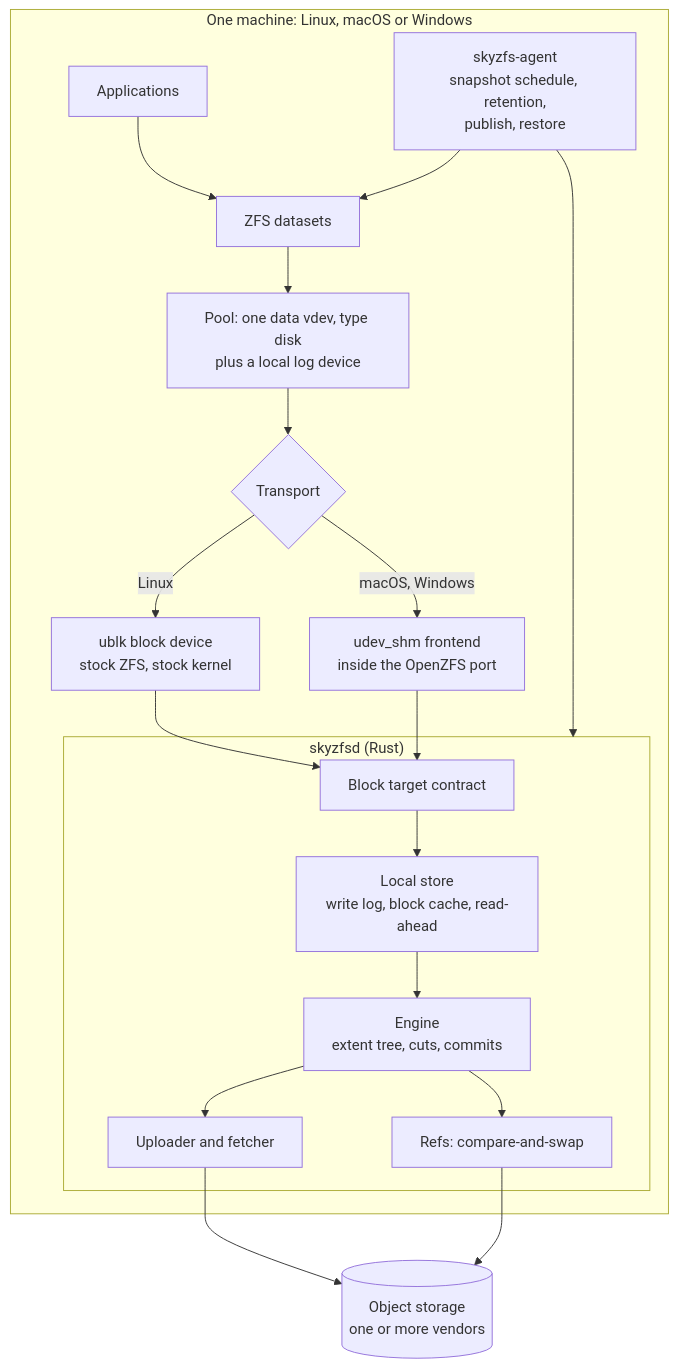
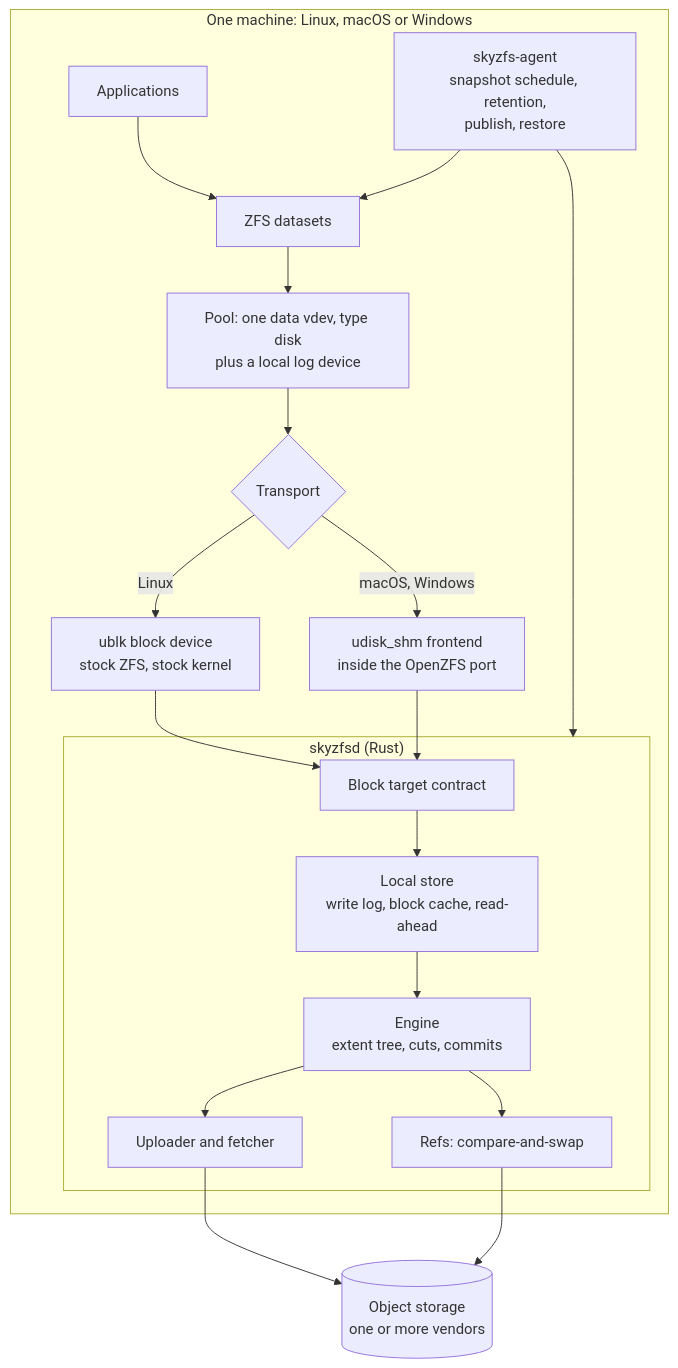
The first of 5 diagrams in docs/skyzfs-design.md (skyzfs/skyzfs), drawn with Mermaid before and after one commit. The commit also changed other lines of this file, not shown here.

First line of the commit message:
design: the shared-memory frontend is called udisk_shm

````diff
--- a/docs/skyzfs-design.md
+++ b/docs/skyzfs-design.md
@@ -54,26 +54,26 @@
 ```mermaid
 flowchart TB
   subgraph Host["One machine: Linux, macOS or Windows"]
     APP["Applications"] --> ZPL["ZFS datasets"]
     ZPL --> POOL["Pool: one data vdev, type disk<br/>plus a local log device"]
     POOL --> T{"Transport"}
     T -->|"Linux"| UBLK["ublk block device<br/>stock ZFS, stock kernel"]
-    T -->|"macOS, Windows"| SHM["udev_shm frontend<br/>inside the OpenZFS port"]
+    T -->|"macOS, Windows"| SHM["udisk_shm frontend<br/>inside the OpenZFS port"]
     UBLK --> BT
     SHM --> BT
     subgraph Daemon["skyzfsd (Rust)"]
       BT["Block target contract"]
       LOCAL["Local store<br/>write log, block cache, read-ahead"]
       ENG["Engine<br/>extent tree, cuts, commits"]
       UP["Uploader and fetcher"]
       REFS["Refs: compare-and-swap"]
       BT --> LOCAL --> ENG
       ENG --> UP
       ENG --> REFS
     end
     AGENT["skyzfs-agent<br/>snapshot schedule, retention,<br/>publish, restore"] --> ZPL
     AGENT --> Daemon
   end
   UP --> OBJ[("Object storage<br/>one or more vendors")]
   REFS --> OBJ
 ```
````
